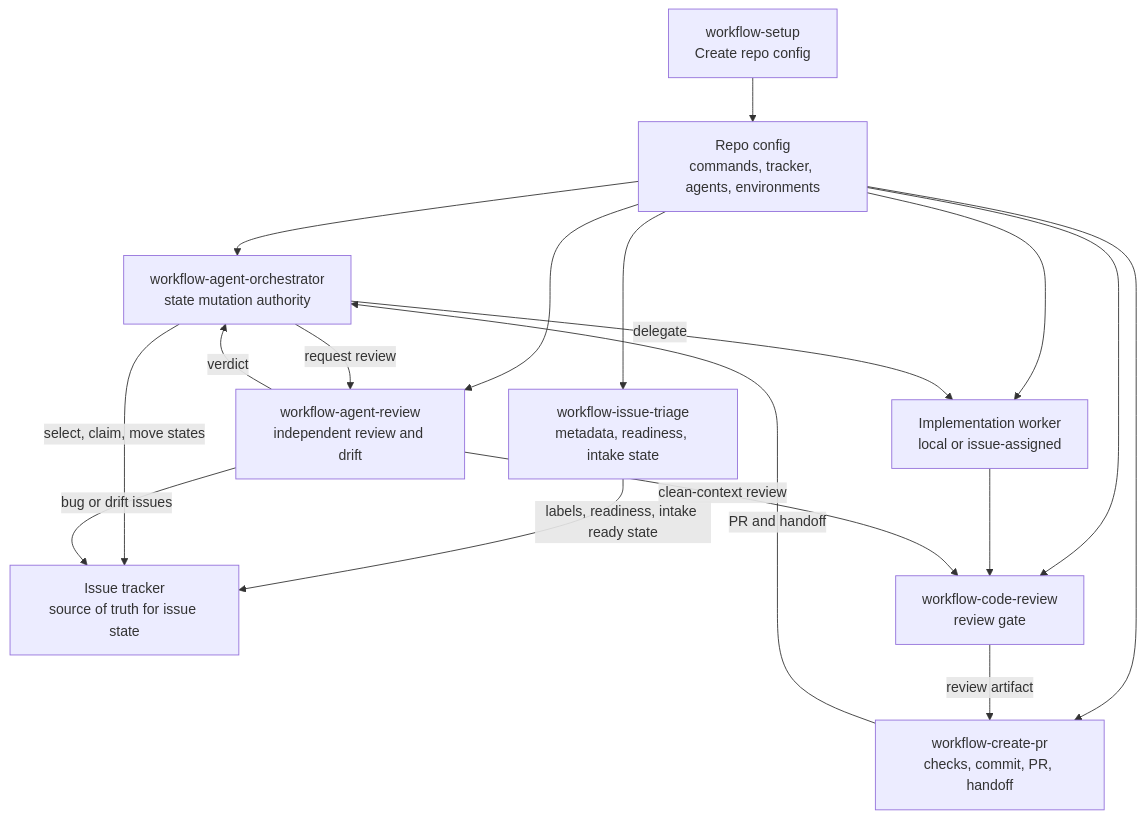
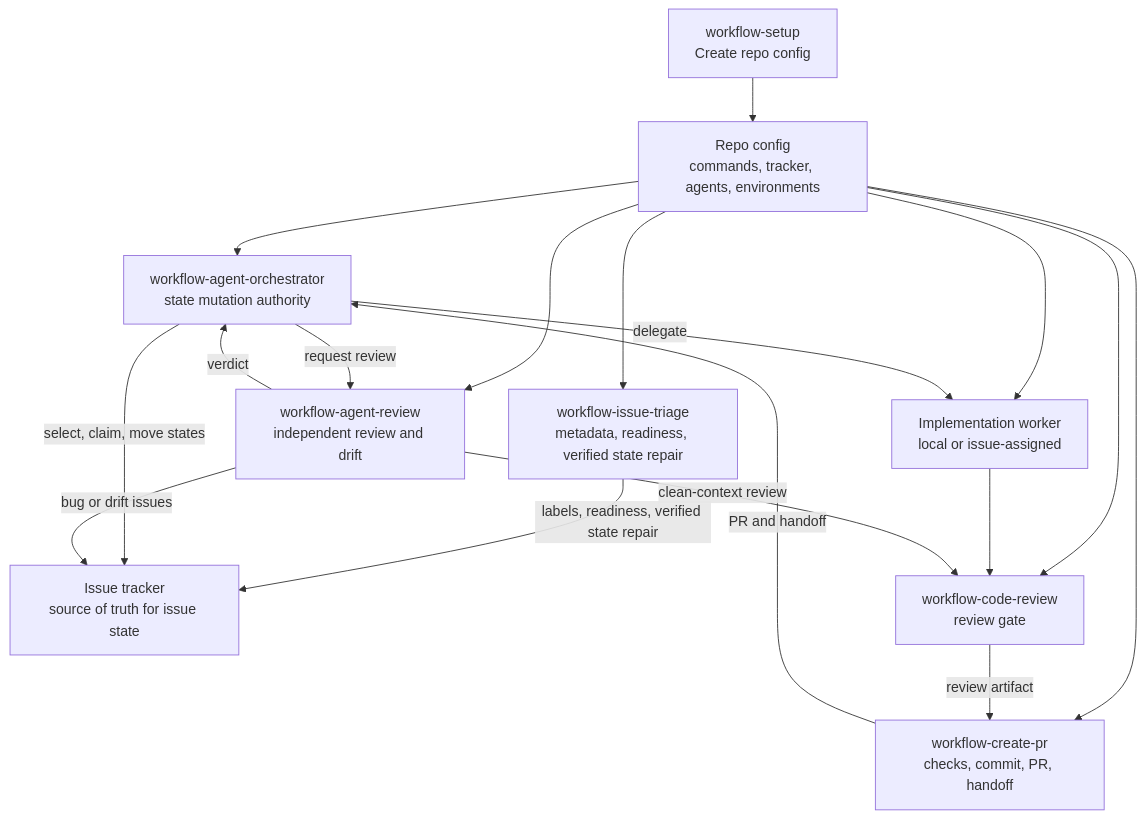
Before and after one commit to zaks-io/skills: the first of 2 diagrams in docs/agent-workflow.md, drawn with Mermaid. The commit also changed other lines of this file and 8 other files, not shown here.

Commit message:
docs: focus issue triage on current work

````diff
--- a/docs/agent-workflow.md
+++ b/docs/agent-workflow.md
@@ -116,31 +116,31 @@
 ```mermaid
 flowchart TD
   Setup["workflow-setup\nCreate repo config"]
   Config["Repo config\ncommands, tracker, agents, environments"]
   Tracker["Issue tracker\nsource of truth for issue state"]
-  IssueTriage["workflow-issue-triage\nmetadata, readiness, intake state"]
+  IssueTriage["workflow-issue-triage\nmetadata, readiness, verified state repair"]
   Orchestrator["workflow-agent-orchestrator\nstate mutation authority"]
   Worker["Implementation worker\nlocal or issue-assigned"]
   CodeReview["workflow-code-review\nreview gate"]
   CreatePR["workflow-create-pr\nchecks, commit, PR, handoff"]
   AgentReview["workflow-agent-review\nindependent review and drift"]
 
   Setup --> Config
   Config --> Orchestrator
   Config --> IssueTriage
   Config --> Worker
   Config --> CodeReview
   Config --> CreatePR
   Config --> AgentReview
 
-  IssueTriage -->|labels, readiness, intake ready state| Tracker
+  IssueTriage -->|labels, readiness, verified state repair| Tracker
   Orchestrator -->|select, claim, move states| Tracker
   Orchestrator -->|delegate| Worker
   Worker --> CodeReview
   CodeReview -->|review artifact| CreatePR
   CreatePR -->|PR and handoff| Orchestrator
   Orchestrator -->|request review| AgentReview
   AgentReview -->|clean-context review| CodeReview
   AgentReview -->|verdict| Orchestrator
   AgentReview -->|bug or drift issues| Tracker
 ```
````
